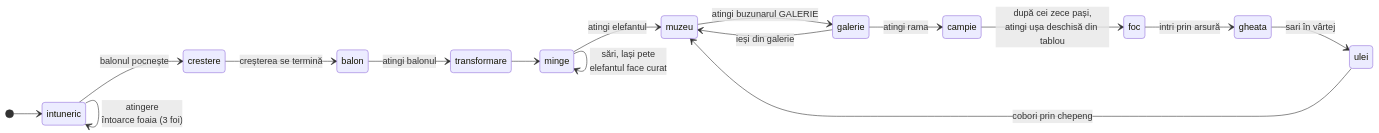
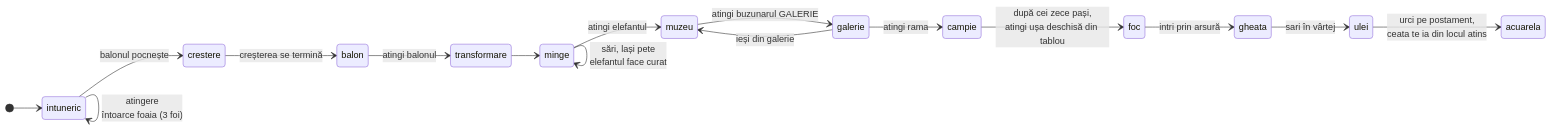
One commit to Whit3G9dNess/Viata-dintr-o-atingere changed the second of 10 diagrams in ARCHITECTURE.md. Above: the diagram before and after it, drawn with Mermaid. The commit also changed other lines of this file and 8 other files, not shown here.

````diff
--- a/ARCHITECTURE.md
+++ b/ARCHITECTURE.md
@@ -51,19 +51,19 @@
 ```mermaid
 stateDiagram-v2
   direction LR
   [*] --> intuneric
   intuneric --> intuneric : atingere<br/>întoarce foaia (3 foi)
   intuneric --> crestere : balonul pocnește
   crestere --> balon : creșterea se termină
   balon --> transformare : atingi balonul
   transformare --> minge
   minge --> minge : sări, lași pete<br/>elefantul face curat
   minge --> muzeu : atingi elefantul
   muzeu --> galerie : atingi buzunarul GALERIE
   galerie --> campie : atingi rama
   campie --> foc : după cei zece pași,<br/>atingi ușa deschisă din tablou
   foc --> gheata : intri prin arsură
   gheata --> ulei : sari în vârtej
-  ulei --> muzeu : cobori prin chepeng
+  ulei --> acuarela : urci pe postament,<br/>ceata te ia din locul atins
   galerie --> muzeu : ieși din galerie
 ```
````
